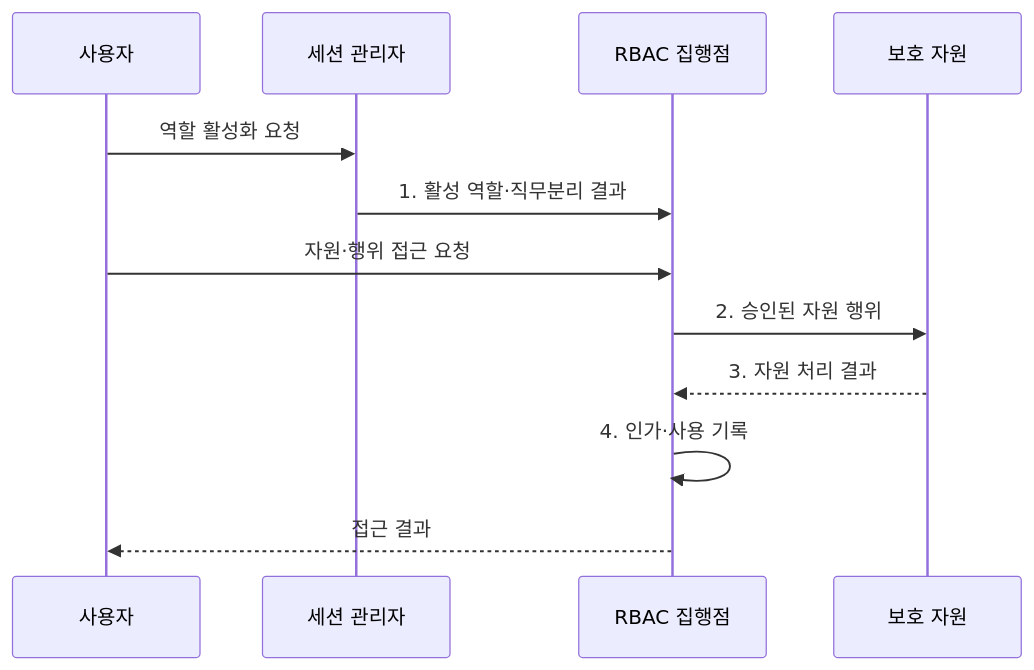
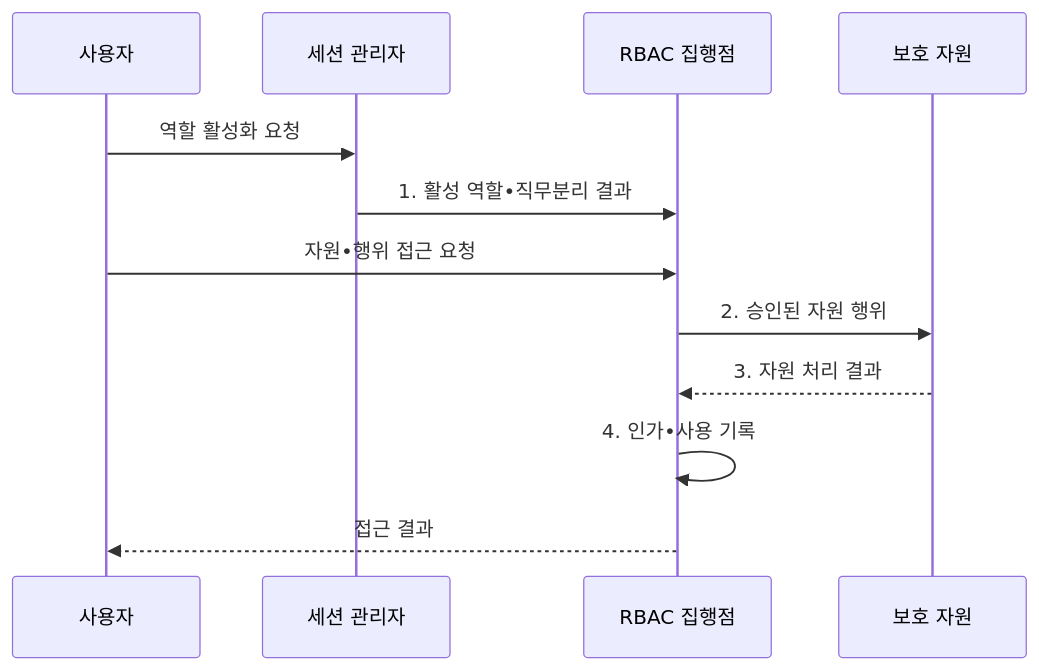
Before and after one commit to agnusdei1207/knowledge-base: the second of 2 diagrams in src/content/docs/notes/05-security/059_rbac.md, drawn with Mermaid. The commit also changed other lines of this file and 953 other files, not shown here.

````diff
--- a/src/content/docs/notes/05-security/059_rbac.md
+++ b/src/content/docs/notes/05-security/059_rbac.md
@@ -98,14 +98,14 @@
 ```mermaid
 sequenceDiagram
     participant U as 사용자
     participant S as 세션 관리자
     participant P as RBAC 집행점
     participant R as 보호 자원
     U->>S: 역할 활성화 요청
-    S->>P: 1. 활성 역할·직무분리 결과
-    U->>P: 자원·행위 접근 요청
+    S->>P: 1. 활성 역할•직무분리 결과
+    U->>P: 자원•행위 접근 요청
     P->>R: 2. 승인된 자원 행위
     R-->>P: 3. 자원 처리 결과
-    P->>P: 4. 인가·사용 기록
+    P->>P: 4. 인가•사용 기록
     P-->>U: 접근 결과
 ```
````
